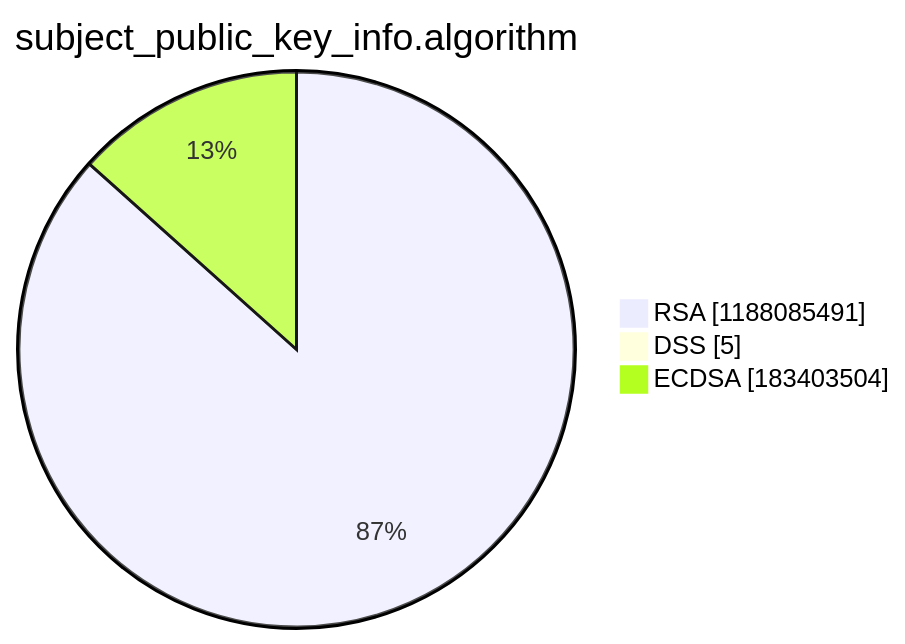
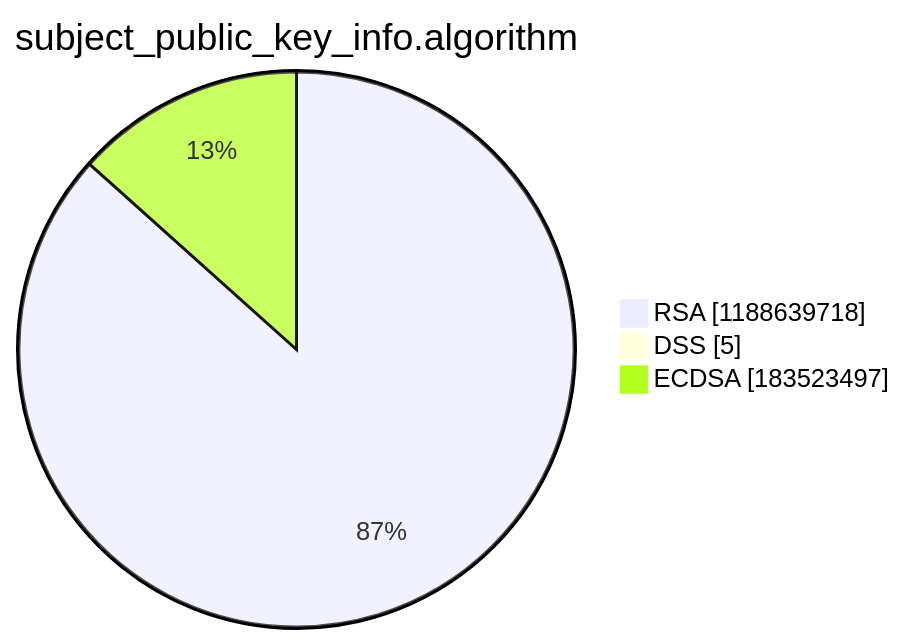
The third of 15 diagrams in argon2022/README.md (christiankrug/ctmonitor_visualization), drawn with Mermaid before and after one commit. The commit also changed other lines of this file, not shown here.

````diff
--- a/argon2022/README.md
+++ b/argon2022/README.md
@@ -14,7 +14,7 @@
 ```mermaid
 pie showData
 title subject_public_key_info.algorithm
-"RSA" :1188085491
+"RSA" :1188639718
 "DSS" :5
-"ECDSA" :183403504
+"ECDSA" :183523497
 ```
````
